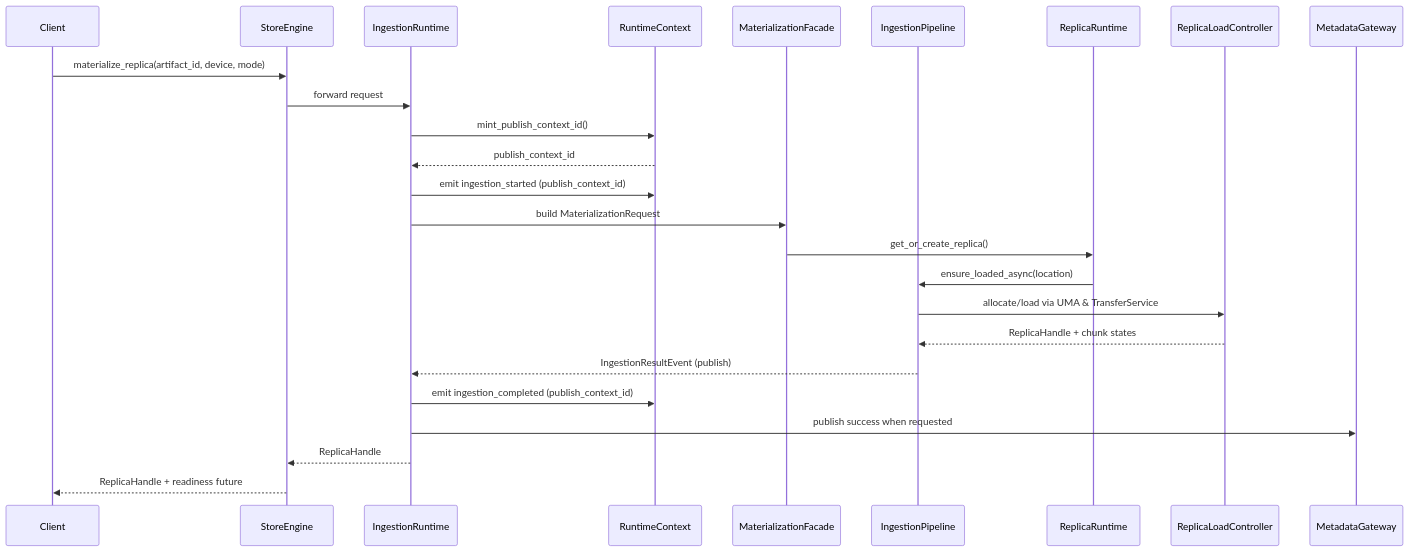
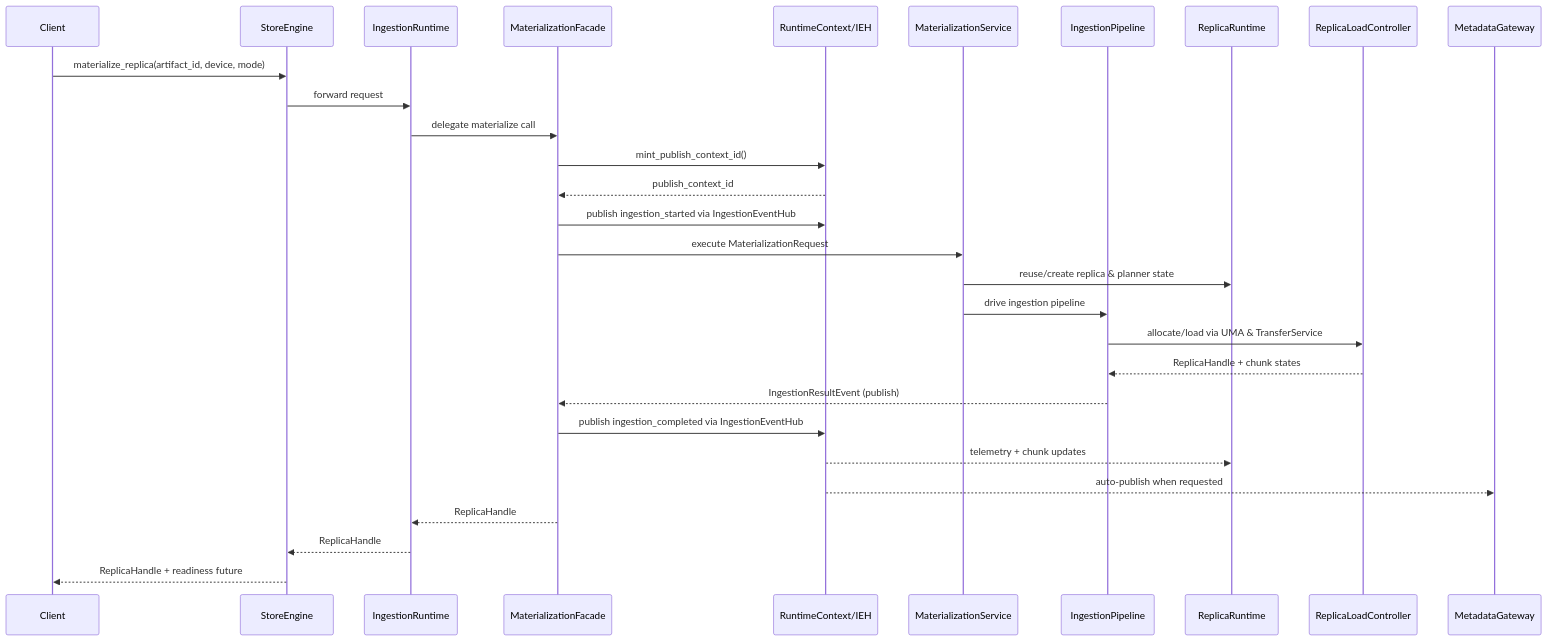
Before and after one commit to tensorcast-ai/tensorcast: the third of 4 diagrams in core/store/docs/architecture.md, drawn with Mermaid. The commit also changed other lines of this file, not shown here.

````diff
--- a/core/store/docs/architecture.md
+++ b/core/store/docs/architecture.md
@@ -220,28 +274,32 @@
 ```mermaid
 sequenceDiagram
     participant Client
     participant SE as StoreEngine
     participant IR as IngestionRuntime
-    participant RC as RuntimeContext
-    participant MC as MaterializationFacade
+    participant MF as MaterializationFacade
+    participant RC as RuntimeContext/IEH
+    participant MZ as MaterializationService
     participant IP as IngestionPipeline
     participant RR as ReplicaRuntime
     participant RLC as ReplicaLoadController
     participant MG as MetadataGateway
 
     Client->>SE: materialize_replica(artifact_id, device, mode)
     SE->>IR: forward request
-    IR->>RC: mint_publish_context_id()
-    RC-->>IR: publish_context_id
-    IR->>RC: emit ingestion_started (publish_context_id)
-    IR->>MC: build MaterializationRequest
-    MC->>RR: get_or_create_replica()
-    RR->>IP: ensure_loaded_async(location)
+    IR->>MF: delegate materialize call
+    MF->>RC: mint_publish_context_id()
+    RC-->>MF: publish_context_id
+    MF->>RC: publish ingestion_started via IngestionEventHub
+    MF->>MZ: execute MaterializationRequest
+    MZ->>RR: reuse/create replica & planner state
+    MZ->>IP: drive ingestion pipeline
     IP->>RLC: allocate/load via UMA & TransferService
     RLC-->>IP: ReplicaHandle + chunk states
-    IP-->>IR: IngestionResultEvent (publish)
-    IR->>RC: emit ingestion_completed (publish_context_id)
-    IR->>MG: publish success when requested
+    IP-->>MF: IngestionResultEvent (publish)
+    MF->>RC: publish ingestion_completed via IngestionEventHub
+    RC-->>RR: telemetry + chunk updates
+    RC-->>MG: auto-publish when requested
+    MF-->>IR: ReplicaHandle
     IR-->>SE: ReplicaHandle
     SE-->>Client: ReplicaHandle + readiness future
 ```
````
